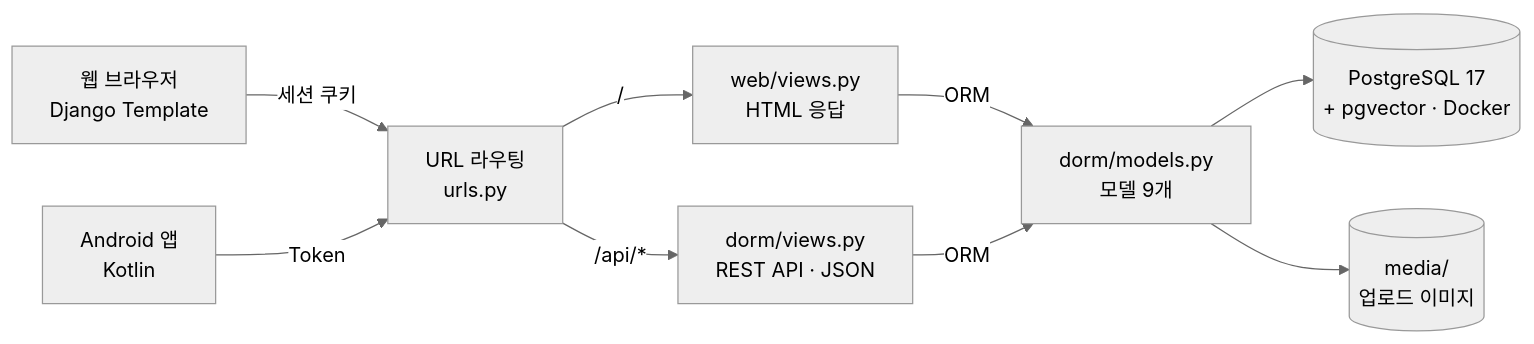
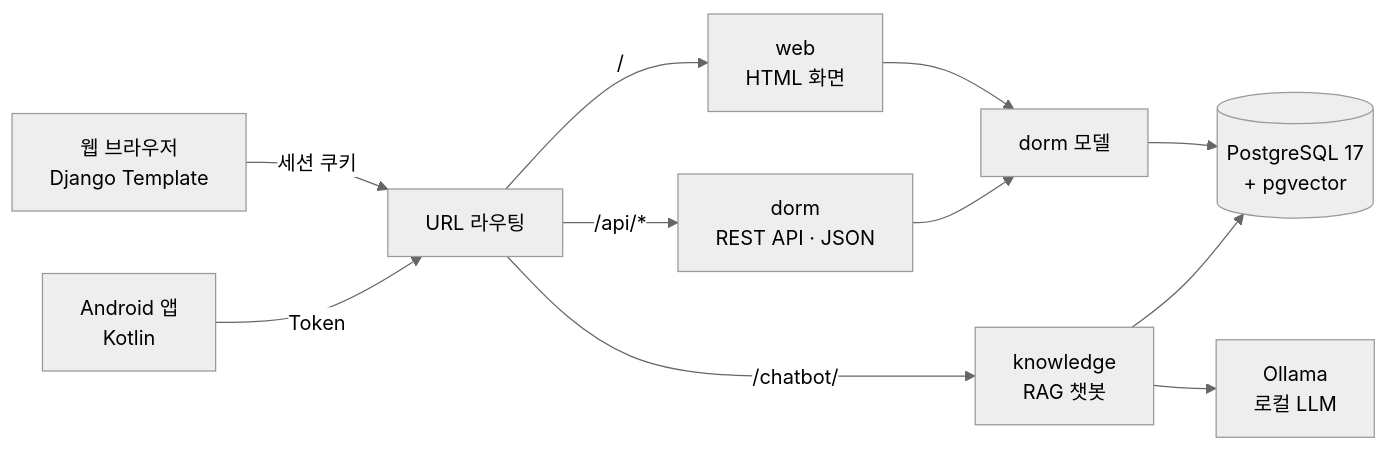
The second of 2 diagrams in README.md (ahcy205/Dorm_project), drawn with Mermaid (neutral theme) before and after one commit. The commit also changed other lines of this file and 6 other files, not shown here.

````diff
--- a/README.md
+++ b/README.md
@@ -27,11 +98,11 @@
 ```mermaid
 flowchart LR
-    B["웹 브라우저<br/>Django Template"] -- "세션 쿠키" --> R["URL 라우팅<br/>urls.py"]
+    B["웹 브라우저<br/>Django Template"] -- "세션 쿠키" --> R["URL 라우팅"]
     A["Android 앱<br/>Kotlin"] -- "Token" --> R
-    R -- "/" --> W["web/views.py<br/>HTML 응답"]
-    R -- "/api/*" --> D["dorm/views.py<br/>REST API · JSON"]
-    W -- "ORM" --> M["dorm/models.py<br/>모델 9개"]
-    D -- "ORM" --> M
-    M --> DB[("PostgreSQL 17<br/>+ pgvector · Docker")]
-    M --> F[("media/<br/>업로드 이미지")]
+    R -- "/" --> W["web<br/>HTML 화면"]
+    R -- "/api/*" --> D["dorm<br/>REST API · JSON"]
+    R -- "/chatbot/" --> K["knowledge<br/>RAG 챗봇"]
+    W & D --> M["dorm 모델"]
+    K --> O["Ollama<br/>로컬 LLM"]
+    M & K --> DB[("PostgreSQL 17<br/>+ pgvector")]
 ```
````
